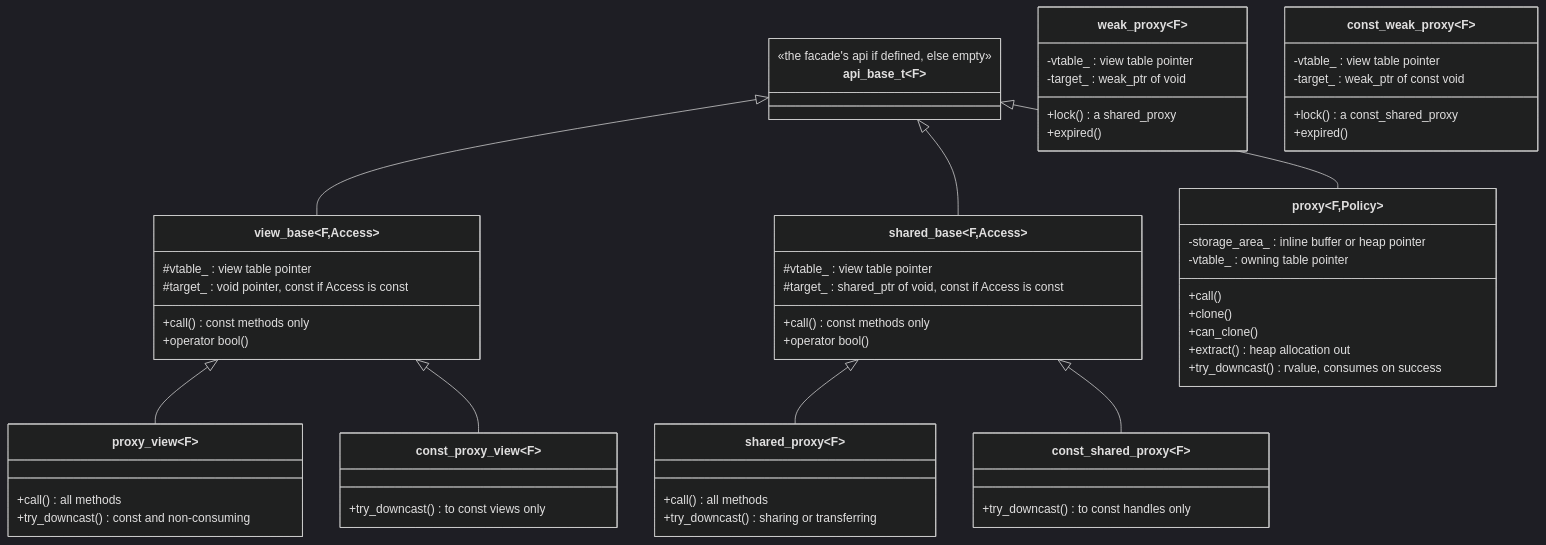
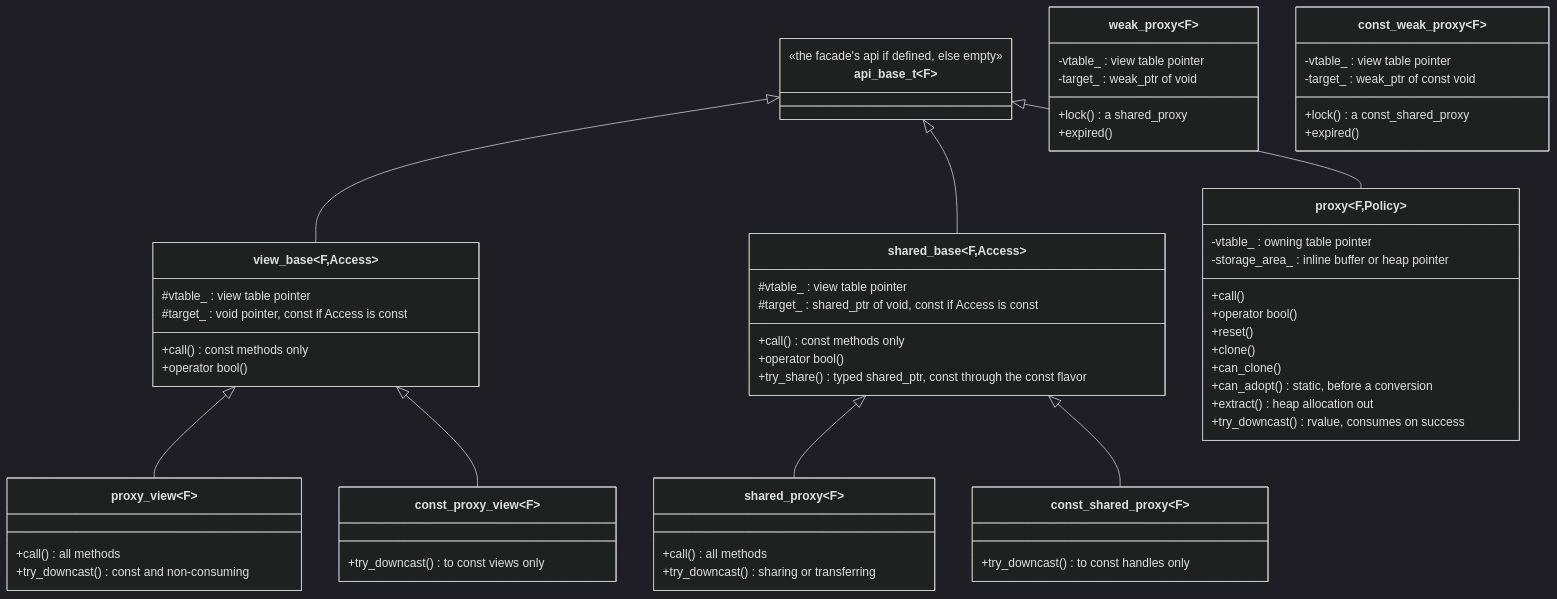
One commit to stevensudit/Corvid changed the second of 8 diagrams in corvid/meta/invoke/proxy.md. Above: the diagram before and after it, drawn with Mermaid (dark theme). The commit also changed other lines of this file and 4 other files, not shown here.

````diff
--- a/corvid/meta/invoke/proxy.md
+++ b/corvid/meta/invoke/proxy.md
@@ -950,60 +952,64 @@
 ```mermaid
 classDiagram
     class api_base_t~F~ {
         <<the facade's api if defined, else empty>>
     }
     class view_base~F,Access~ {
         #vtable_ : view table pointer
         #target_ : void pointer, const if Access is const
         +call() const methods only
         +operator bool()
     }
     class shared_base~F,Access~ {
         #vtable_ : view table pointer
         #target_ : shared_ptr of void, const if Access is const
         +call() const methods only
         +operator bool()
+        +try_share() typed shared_ptr, const through the const flavor
     }
     class proxy_view~F~ {
         +call() all methods
         +try_downcast() const and non-consuming
     }
     class const_proxy_view~F~ {
         +try_downcast() to const views only
     }
     class proxy~F,Policy~ {
+        -vtable_ : owning table pointer
         -storage_area_ : inline buffer or heap pointer
-        -vtable_ : owning table pointer
         +call()
+        +operator bool()
+        +reset()
         +clone()
         +can_clone()
+        +can_adopt() static, before a conversion
         +extract() heap allocation out
         +try_downcast() rvalue, consumes on success
     }
     class shared_proxy~F~ {
         +call() all methods
         +try_downcast() sharing or transferring
     }
     class const_shared_proxy~F~ {
         +try_downcast() to const handles only
     }
     class weak_proxy~F~ {
         -vtable_ : view table pointer
         -target_ : weak_ptr of void
         +lock() a shared_proxy
         +expired()
     }
     class const_weak_proxy~F~ {
         -vtable_ : view table pointer
         -target_ : weak_ptr of const void
         +lock() a const_shared_proxy
         +expired()
     }
     api_base_t <|-- view_base
     view_base <|-- proxy_view
     view_base <|-- const_proxy_view
     api_base_t <|-- proxy
     api_base_t <|-- shared_base
     shared_base <|-- shared_proxy
     shared_base <|-- const_shared_proxy
 ```
````
